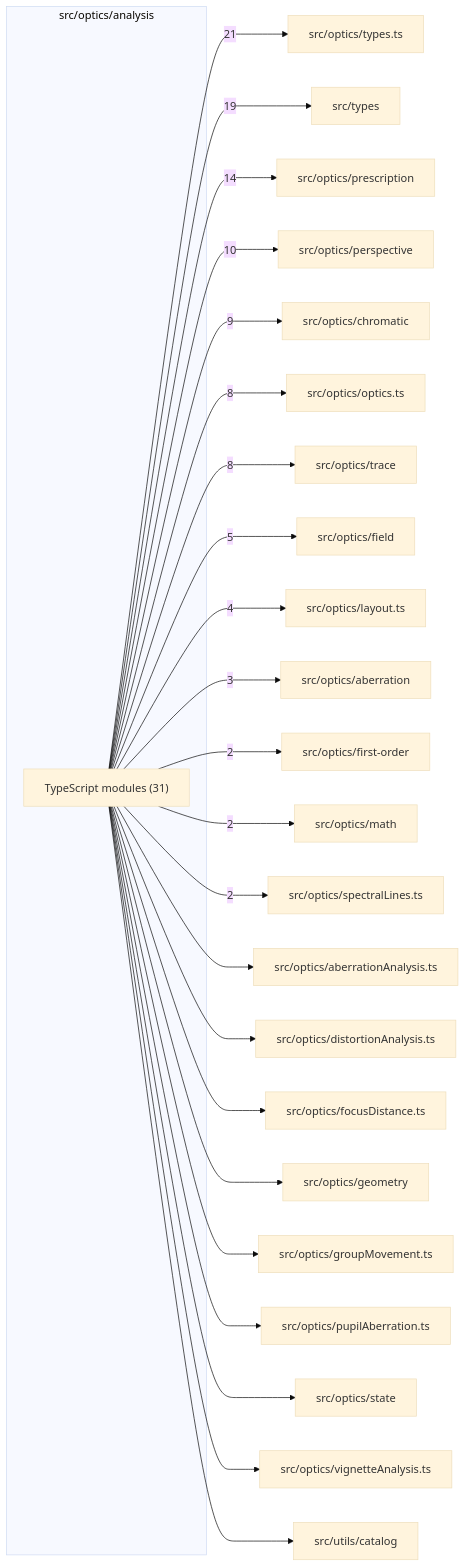
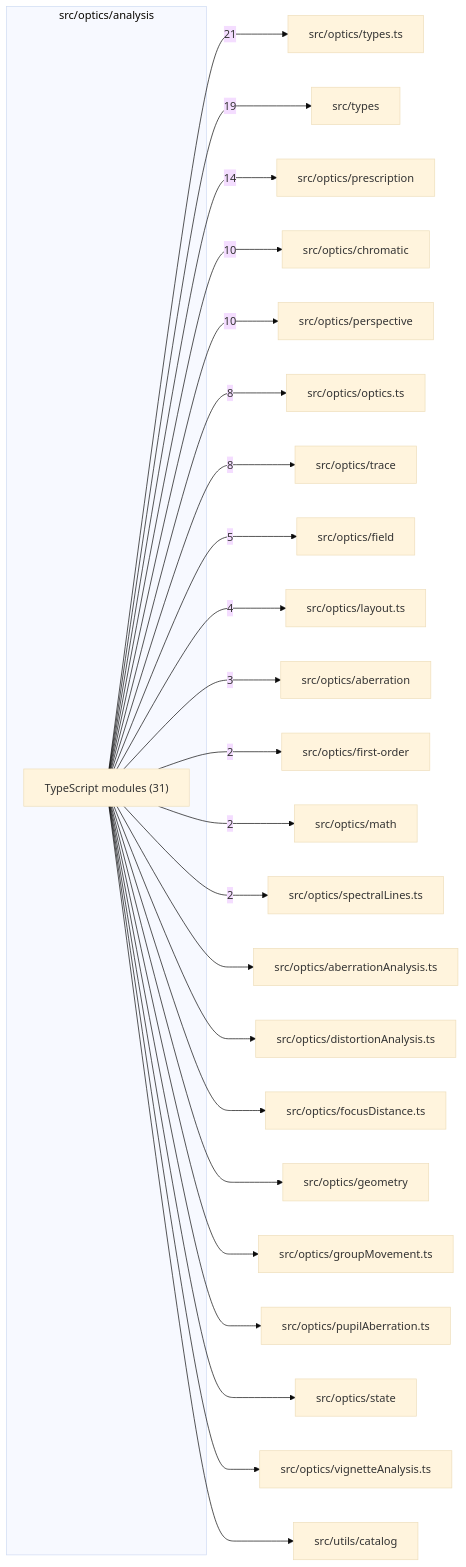
Before and after one commit to ronbuening/LensVisualizer: the diagram in src/optics/analysis/readme.md, drawn with Mermaid (base theme). The commit also changed other lines of this file and 43 other files, not shown here.

````diff
--- a/src/optics/analysis/readme.md
+++ b/src/optics/analysis/readme.md
@@ -9,50 +9,50 @@
 ```mermaid
 flowchart LR
   subgraph n_src_optics_analysis["src/optics/analysis"]
     n_src_optics_analysis_TypeScript_modules["TypeScript modules (31)"]
   end
   n_external_src_optics_types_ts["src/optics/types.ts"]
   n_external_src_types["src/types"]
   n_external_src_optics_prescription["src/optics/prescription"]
+  n_external_src_optics_chromatic["src/optics/chromatic"]
   n_external_src_optics_perspective["src/optics/perspective"]
-  n_external_src_optics_chromatic["src/optics/chromatic"]
   n_external_src_optics_optics_ts["src/optics/optics.ts"]
   n_external_src_optics_trace["src/optics/trace"]
   n_external_src_optics_field["src/optics/field"]
   n_external_src_optics_layout_ts["src/optics/layout.ts"]
   n_external_src_optics_aberration["src/optics/aberration"]
   n_external_src_optics_first_order["src/optics/first-order"]
   n_external_src_optics_math["src/optics/math"]
   n_external_src_optics_spectralLines_ts["src/optics/spectralLines.ts"]
   n_external_src_optics_aberrationAnalysis_ts["src/optics/aberrationAnalysis.ts"]
   n_external_src_optics_distortionAnalysis_ts["src/optics/distortionAnalysis.ts"]
   n_external_src_optics_focusDistance_ts["src/optics/focusDistance.ts"]
   n_external_src_optics_geometry["src/optics/geometry"]
   n_external_src_optics_groupMovement_ts["src/optics/groupMovement.ts"]
   n_external_src_optics_pupilAberration_ts["src/optics/pupilAberration.ts"]
   n_external_src_optics_state["src/optics/state"]
   n_external_src_optics_vignetteAnalysis_ts["src/optics/vignetteAnalysis.ts"]
   n_external_src_utils_catalog["src/utils/catalog"]
   n_src_optics_analysis_TypeScript_modules --> |21| n_external_src_optics_types_ts
   n_src_optics_analysis_TypeScript_modules --> |19| n_external_src_types
   n_src_optics_analysis_TypeScript_modules --> |14| n_external_src_optics_prescription
+  n_src_optics_analysis_TypeScript_modules --> |10| n_external_src_optics_chromatic
   n_src_optics_analysis_TypeScript_modules --> |10| n_external_src_optics_perspective
-  n_src_optics_analysis_TypeScript_modules --> |9| n_external_src_optics_chromatic
   n_src_optics_analysis_TypeScript_modules --> |8| n_external_src_optics_optics_ts
   n_src_optics_analysis_TypeScript_modules --> |8| n_external_src_optics_trace
   n_src_optics_analysis_TypeScript_modules --> |5| n_external_src_optics_field
   n_src_optics_analysis_TypeScript_modules --> |4| n_external_src_optics_layout_ts
   n_src_optics_analysis_TypeScript_modules --> |3| n_external_src_optics_aberration
   n_src_optics_analysis_TypeScript_modules --> |2| n_external_src_optics_first_order
   n_src_optics_analysis_TypeScript_modules --> |2| n_external_src_optics_math
   n_src_optics_analysis_TypeScript_modules --> |2| n_external_src_optics_spectralLines_ts
   n_src_optics_analysis_TypeScript_modules --> n_external_src_optics_aberrationAnalysis_ts
   n_src_optics_analysis_TypeScript_modules --> n_external_src_optics_distortionAnalysis_ts
   n_src_optics_analysis_TypeScript_modules --> n_external_src_optics_focusDistance_ts
   n_src_optics_analysis_TypeScript_modules --> n_external_src_optics_geometry
   n_src_optics_analysis_TypeScript_modules --> n_external_src_optics_groupMovement_ts
   n_src_optics_analysis_TypeScript_modules --> n_external_src_optics_pupilAberration_ts
   n_src_optics_analysis_TypeScript_modules --> n_external_src_optics_state
   n_src_optics_analysis_TypeScript_modules --> n_external_src_optics_vignetteAnalysis_ts
   n_src_optics_analysis_TypeScript_modules --> n_external_src_utils_catalog
 ```
````
